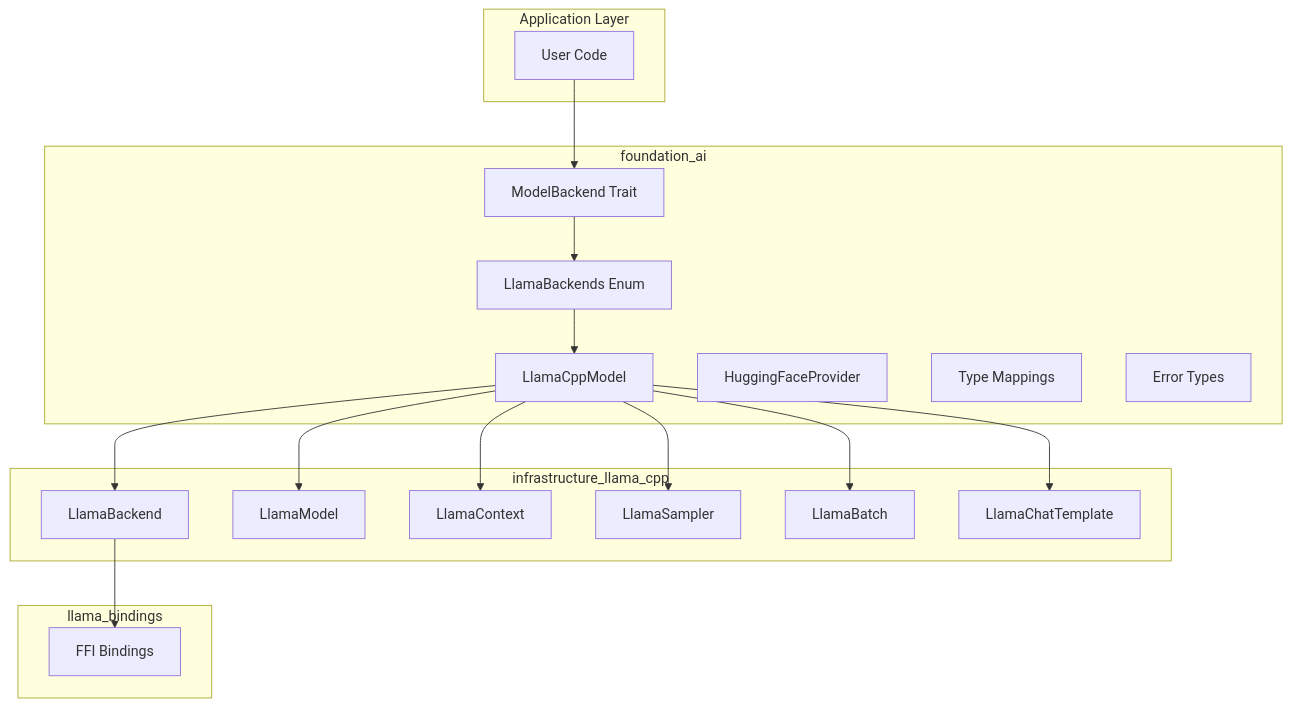
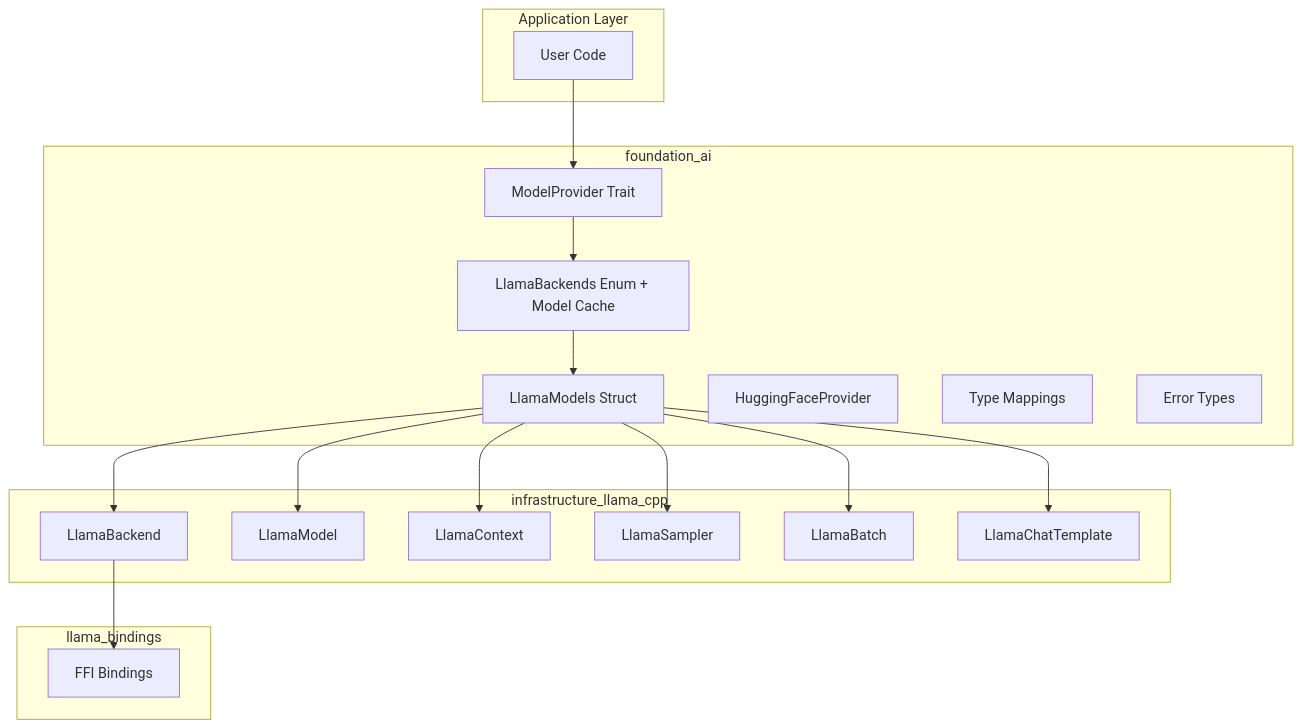
One commit to ewe-studios/ewe_platform changed the first of 2 diagrams in specifications/07-foundation-ai/requirements.md. Above: the diagram before and after it, drawn with Mermaid. The commit also changed other lines of this file and 2 other files, not shown here.

````diff
--- a/specifications/07-foundation-ai/requirements.md
+++ b/specifications/07-foundation-ai/requirements.md
@@ -82,39 +82,39 @@
 ```mermaid
 graph TD
     subgraph Application["Application Layer"]
         A[User Code]
     end
 
     subgraph FoundationAI["foundation_ai"]
-        B[ModelBackend Trait]
-        C[LlamaBackends Enum]
-        D[LlamaCppModel]
+        B[ModelProvider Trait]
+        C[LlamaBackends Enum + Model Cache]
+        D[LlamaModels Struct]
         E[HuggingFaceProvider]
         F[Type Mappings]
         G[Error Types]
     end
 
     subgraph InfrastructureLL["infrastructure_llama_cpp"]
         H[LlamaBackend]
         I[LlamaModel]
         J[LlamaContext]
         K[LlamaSampler]
         L[LlamaBatch]
         M[LlamaChatTemplate]
     end
 
     subgraph Bindings["llama_bindings"]
         N[FFI Bindings]
     end
 
     A --> B
     B --> C
     C --> D
     D --> H
     D --> I
     D --> J
     D --> K
     D --> L
     D --> M
     H --> N
 ```
````
